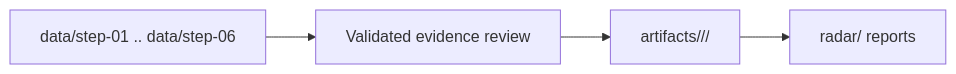
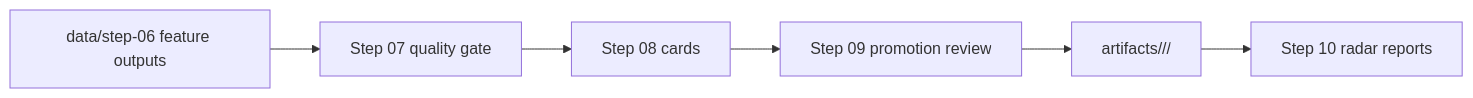
The third of 3 diagrams in docs/pipeline.md (gvillarroel/gcp-radar), drawn with Mermaid before and after one commit. The commit also changed other lines of this file and 5 other files, not shown here.

````diff
--- a/docs/pipeline.md
+++ b/docs/pipeline.md
@@ -208,6 +280,8 @@
 ```mermaid
 flowchart LR
-    A["data/step-01 .. data/step-06"] --> B["Validated evidence review"]
-    B --> C["artifacts/<product>/<feature>/"]
-    C --> D["radar/ reports"]
+    A["data/step-06 feature outputs"] --> B["Step 07 quality gate"]
+    B --> C["Step 08 cards"]
+    C --> D["Step 09 promotion review"]
+    D --> E["artifacts/<product>/<feature>/"]
+    E --> F["Step 10 radar reports"]
 ```
````
